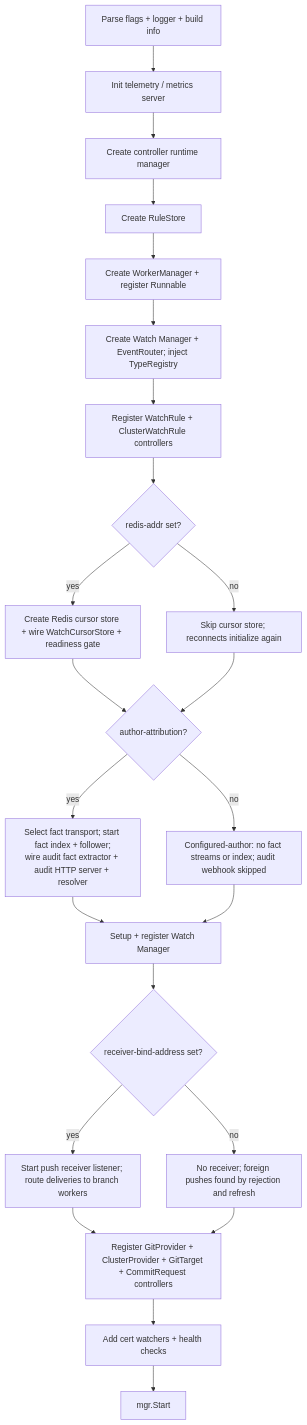
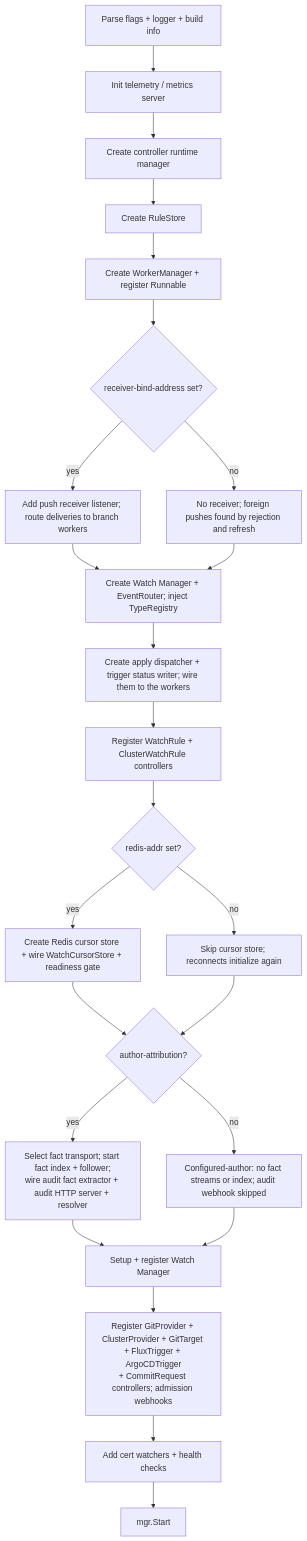
The sixth of 6 diagrams in docs/architecture.md (ConfigButler/gitops-reverser), drawn with Mermaid before and after one commit. The commit also changed other lines of this file and 158 other files, not shown here.

````diff
--- a/docs/architecture.md
+++ b/docs/architecture.md
@@ -1602,26 +1669,26 @@
 ```mermaid
 flowchart TD
     A[Parse flags + logger + build info] --> B[Init telemetry / metrics server]
     B --> C[Create controller runtime manager]
     C --> D[Create RuleStore]
     D --> E[Create WorkerManager + register Runnable]
-    E --> F[Create Watch Manager + EventRouter; inject TypeRegistry]
-    F --> G[Register WatchRule + ClusterWatchRule controllers]
+    E --> R{receiver-bind-address set?}
+    R -->|yes| Ri[Add push receiver listener; route deliveries to branch workers]
+    R -->|no| Rj[No receiver; foreign pushes found by rejection and refresh]
+    Ri --> F
+    Rj --> F
+    F[Create Watch Manager + EventRouter; inject TypeRegistry] --> P[Create apply dispatcher + trigger status writer; wire them to the workers]
+    P --> G[Register WatchRule + ClusterWatchRule controllers]
     G --> H{redis-addr set?}
     H -->|yes| Hi[Create Redis cursor store + wire WatchCursorStore + readiness gate]
     H -->|no| Hj[Skip cursor store; reconnects initialize again]
     Hi --> Hq{author-attribution?}
     Hj --> Hq
     Hq -->|yes| I[Select fact transport; start fact index + follower;<br/>wire audit fact extractor + audit HTTP server + resolver]
     Hq -->|no| J[Configured-author: no fact streams or index; audit webhook skipped]
     I --> K[Setup + register Watch Manager]
     J --> K
-    K --> R{receiver-bind-address set?}
-    R -->|yes| Ri[Start push receiver listener; route deliveries to branch workers]
-    R -->|no| Rj[No receiver; foreign pushes found by rejection and refresh]
-    Ri --> L
-    Rj --> L
-    L[Register GitProvider + ClusterProvider + GitTarget + CommitRequest controllers]
+    K --> L[Register GitProvider + ClusterProvider + GitTarget + FluxTrigger + ArgoCDTrigger<br/>+ CommitRequest controllers; admission webhooks]
     L --> M[Add cert watchers + health checks]
     M --> N[mgr.Start]
 ```
````
